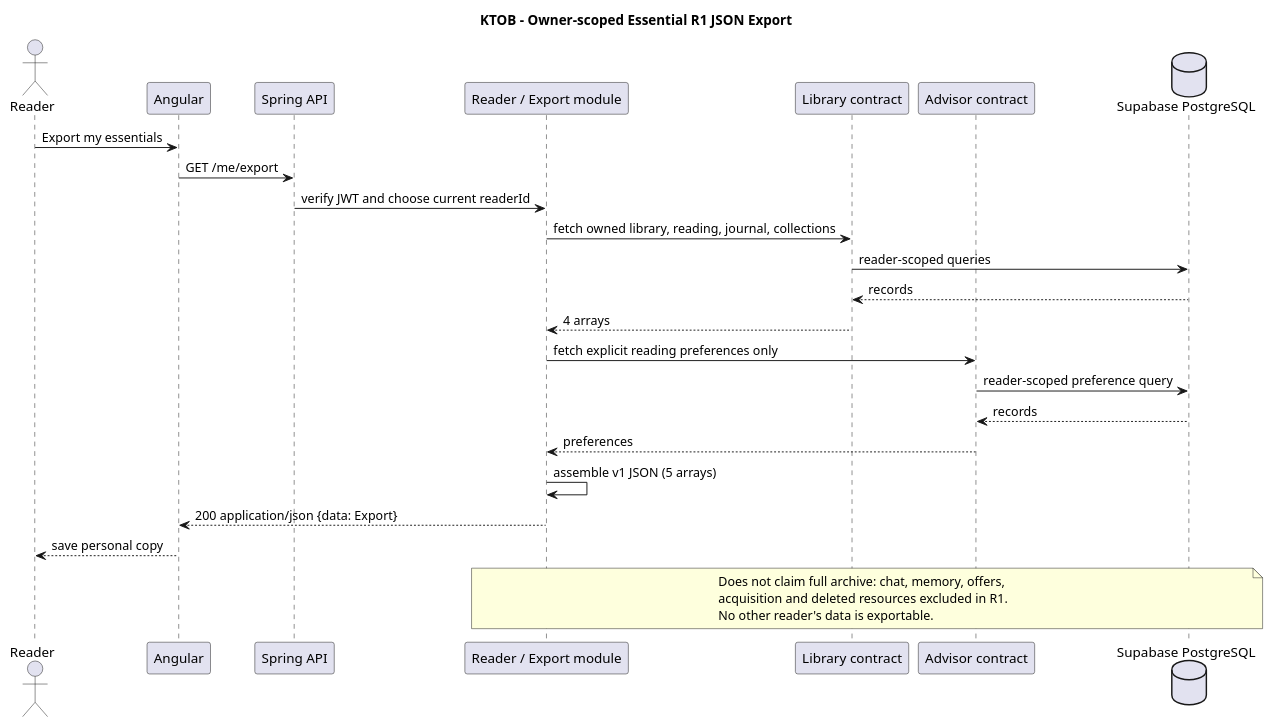
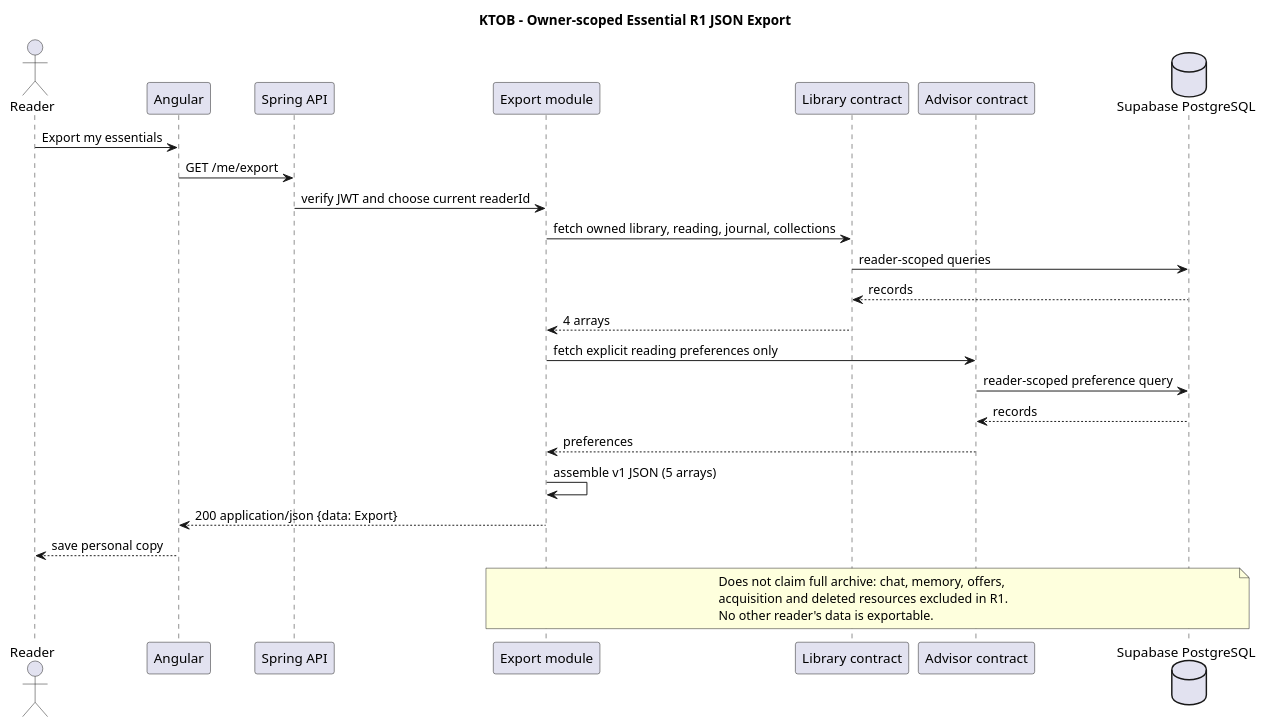
The diagram in docs/uml/12-sequence-export.puml (Adam-BArbia/ktob-literary-companion), drawn with PlantUML before and after one commit. The commit also changed 2 other files, not shown here.

Commit message:
docs(uml): correct include direction and export dependency cycle

```diff
--- a/docs/uml/12-sequence-export.puml
+++ b/docs/uml/12-sequence-export.puml
@@ -1,29 +1,29 @@
 @startuml KTOB_12_sequence_export
 title KTOB - Owner-scoped Essential R1 JSON Export
 actor Reader
 participant "Angular" as UI
 participant "Spring API" as API
-participant "Reader / Export module" as Export
+participant "Export module" as Export
 participant "Library contract" as Library
 participant "Advisor contract" as Advisor
 database "Supabase PostgreSQL" as DB
 Reader -> UI : Export my essentials
 UI -> API : GET /me/export
 API -> Export : verify JWT and choose current readerId
 Export -> Library : fetch owned library, reading, journal, collections
 Library -> DB : reader-scoped queries
 DB --> Library : records
 Library --> Export : 4 arrays
 Export -> Advisor : fetch explicit reading preferences only
 Advisor -> DB : reader-scoped preference query
 DB --> Advisor : records
 Advisor --> Export : preferences
 Export -> Export : assemble v1 JSON (5 arrays)
 Export --> UI : 200 application/json {data: Export}
 UI --> Reader : save personal copy
 note over Export,DB
 Does not claim full archive: chat, memory, offers,
 acquisition and deleted resources excluded in R1.
 No other reader's data is exportable.
 end note
 @enduml
```
